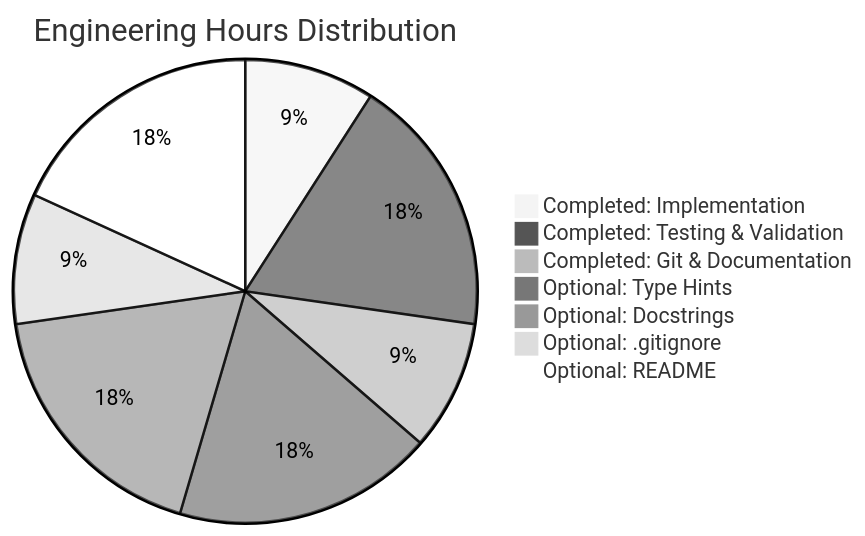
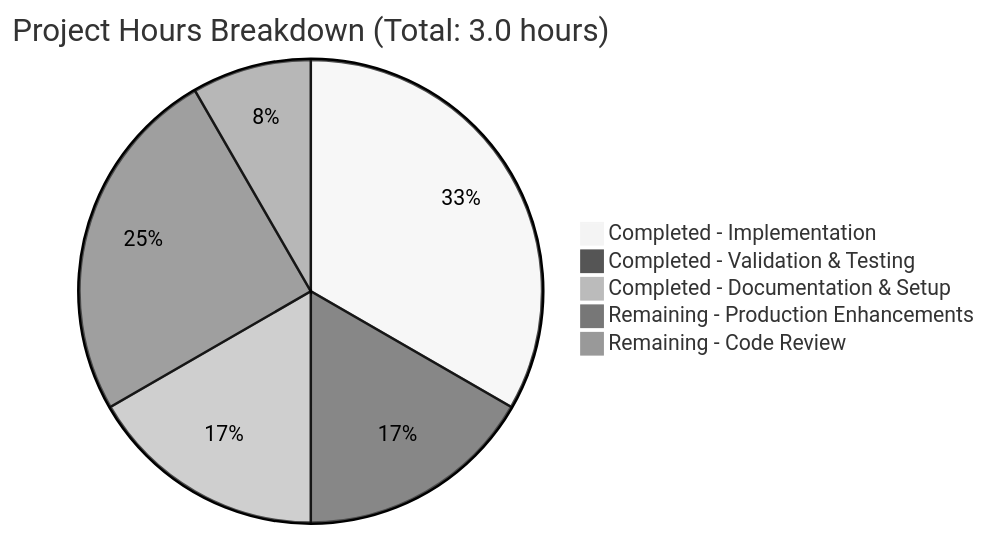
The first of 2 diagrams in blitzy/documentation/Project Guide.md (prasad-blitzy/quick-repo-4), drawn with Mermaid (neutral theme) before and after one commit. The commit also changed other lines of this file, not shown here.

Commit message:
Adding Blitzy Project Guide: Project Status and Human Tasks Remaining

````diff
--- a/blitzy/documentation/Project Guide.md
+++ b/blitzy/documentation/Project Guide.md
@@ -117,10 +183,8 @@
 ```mermaid
-pie title Engineering Hours Distribution
-    "Completed: Implementation" : 0.25
-    "Completed: Testing & Validation" : 0.5
-    "Completed: Git & Documentation" : 0.25
-    "Optional: Type Hints" : 0.5
-    "Optional: Docstrings" : 0.5
-    "Optional: .gitignore" : 0.25
-    "Optional: README" : 0.5
+pie title Project Hours Breakdown (Total: 3.0 hours)
+    "Completed - Implementation" : 1.0
+    "Completed - Validation & Testing" : 0.5
+    "Completed - Documentation & Setup" : 0.5
+    "Remaining - Production Enhancements" : 0.75
+    "Remaining - Code Review" : 0.25
 ```
````
